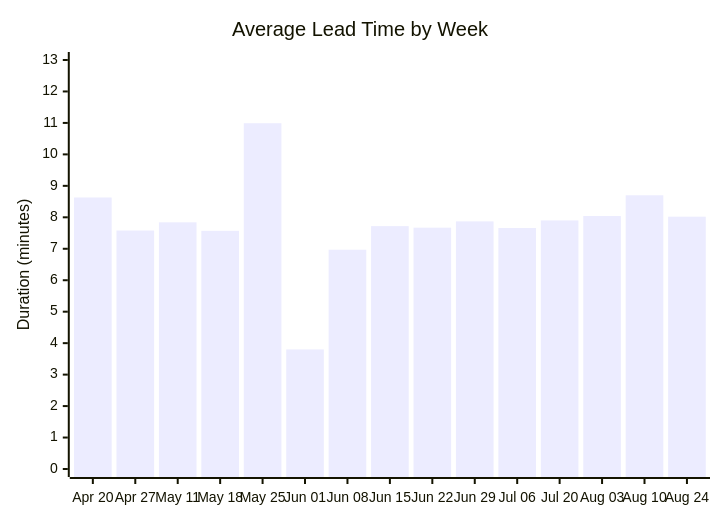
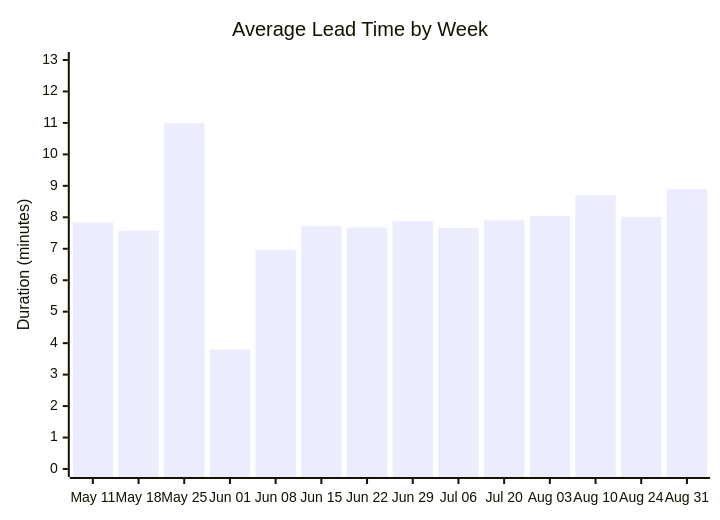
Before and after one commit to ukma-cs-ssdm-2025/rate-ukma: the second of 4 diagrams in docs/ci-cd/dora-summary.md, drawn with Mermaid. The commit also changed other lines of this file, not shown here.

````diff
--- a/docs/ci-cd/dora-summary.md
+++ b/docs/ci-cd/dora-summary.md
@@ -29,7 +29,7 @@
 ```mermaid
 xychart-beta
     title "Average Lead Time by Week"
-    x-axis ["Apr 20", "Apr 27", "May 11", "May 18", "May 25", "Jun 01", "Jun 08", "Jun 15", "Jun 22", "Jun 29", "Jul 06", "Jul 20", "Aug 03", "Aug 10", "Aug 24"]
+    x-axis ["May 11", "May 18", "May 25", "Jun 01", "Jun 08", "Jun 15", "Jun 22", "Jun 29", "Jul 06", "Jul 20", "Aug 03", "Aug 10", "Aug 24", "Aug 31"]
     y-axis "Duration (minutes)" 0 --> 13
-    bar [8.63, 7.58, 7.84, 7.57, 10.99, 3.80, 6.97, 7.72, 7.67, 7.87, 7.66, 7.90, 8.04, 8.70, 8.02]
+    bar [7.84, 7.57, 10.99, 3.80, 6.97, 7.72, 7.67, 7.87, 7.66, 7.90, 8.04, 8.70, 8.02, 8.89]
 ```
````
